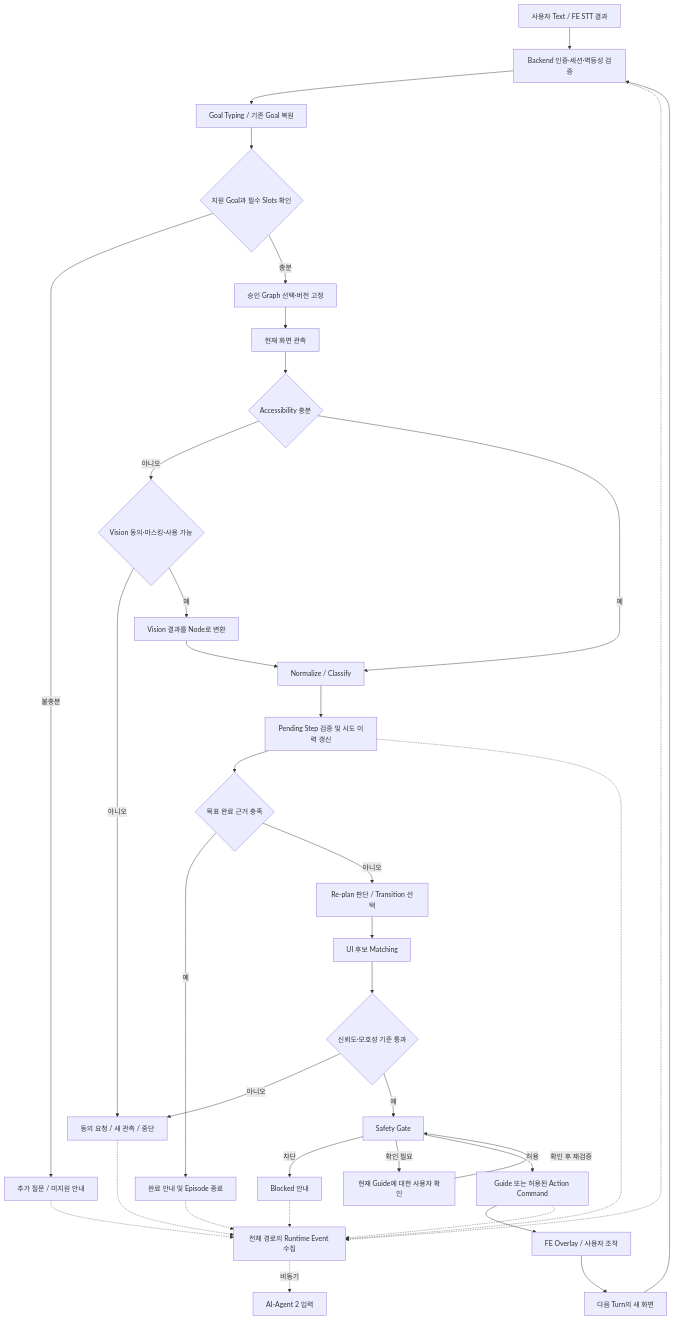
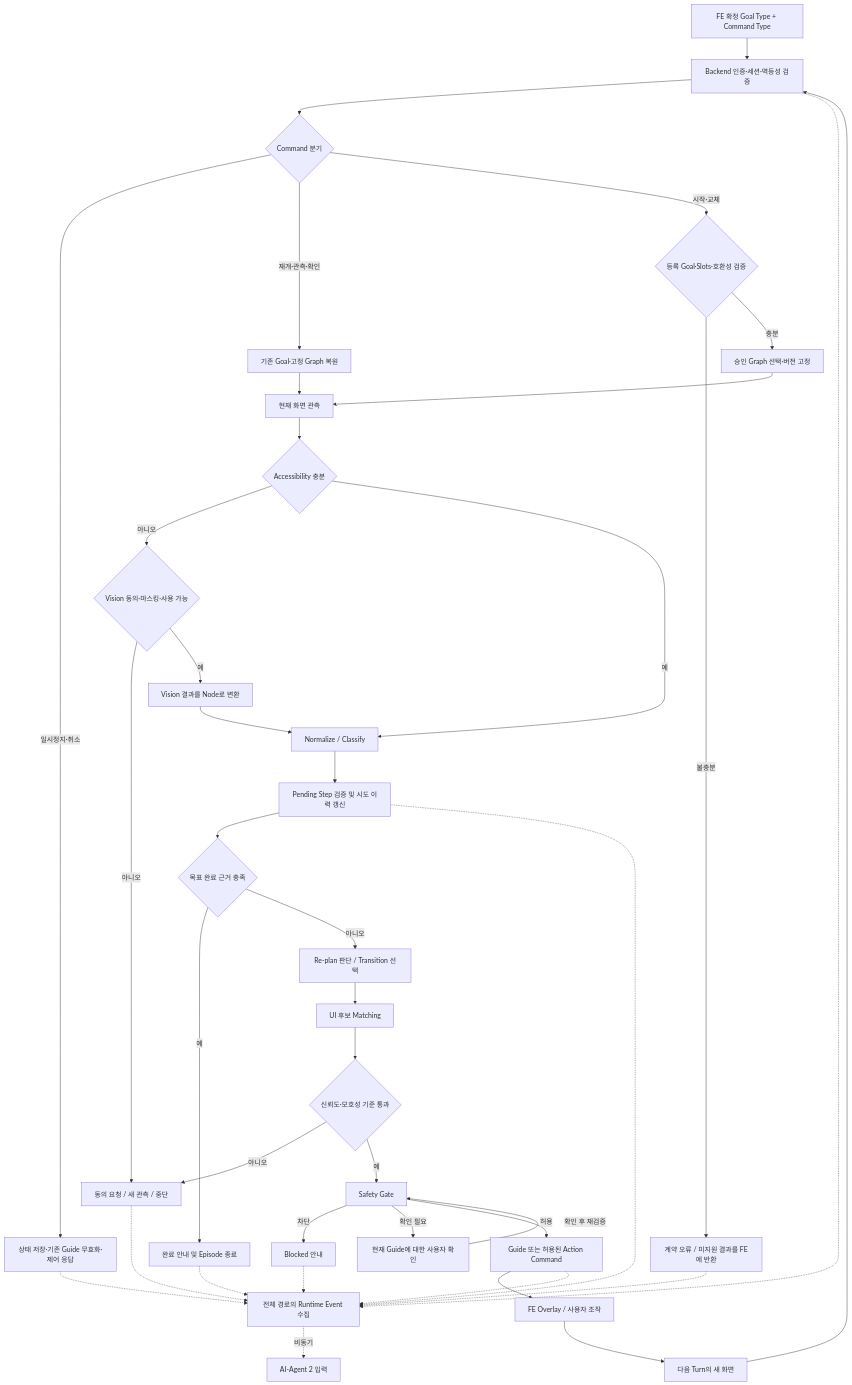
Before and after one commit to Bae-iri/Click: the diagram in docs/ai-agent-1-runtime.md, drawn with Mermaid. The commit also changed other lines of this file and 28 other files, not shown here.

First line of the commit message:
fix: align UI guide bounds and document FE goal contracts

````diff
--- a/docs/ai-agent-1-runtime.md
+++ b/docs/ai-agent-1-runtime.md
@@ -280,38 +207,42 @@
 ```mermaid
 flowchart TD
-    A[사용자 Text / FE STT 결과] --> B[Backend 인증·세션·멱등성 검증]
-    B --> C[Goal Typing / 기존 Goal 복원]
-    C --> D{지원 Goal과 필수 Slots 확인}
-    D -->|불충분| E[추가 질문 / 미지원 안내]
+    A[FE 확정 Goal Type + Command Type] --> B[Backend 인증·세션·멱등성 검증]
+    B --> C{Command 분기}
+    C -->|일시정지·취소| CTRL[상태 저장·기존 Guide 무효화·제어 응답]
+    C -->|재개·관측·확인| RESTORE[기존 Goal·고정 Graph 복원]
+    C -->|시작·교체| D{등록 Goal·Slots·호환성 검증}
+    D -->|불충분| E[계약 오류 / 미지원 결과를 FE에 반환]
     D -->|충분| F[승인 Graph 선택·버전 고정]
+    RESTORE --> G
+    CTRL -.-> Y
     F --> G[현재 화면 관측]
     G --> H{Accessibility 충분}
     H -->|아니오| I{Vision 동의·마스킹·사용 가능}
     I -->|아니오| J[동의 요청 / 새 관측 / 중단]
     I -->|예| K[Vision 결과를 Node로 변환]
     H -->|예| L[Normalize / Classify]
     K --> L
     L --> M[Pending Step 검증 및 시도 이력 갱신]
     M --> N{목표 완료 근거 충족}
     N -->|예| O[완료 안내 및 Episode 종료]
     N -->|아니오| P[Re-plan 판단 / Transition 선택]
     P --> Q[UI 후보 Matching]
     Q --> R{신뢰도·모호성 기준 통과}
     R -->|아니오| J
     R -->|예| S[Safety Gate]
     S -->|차단| T[Blocked 안내]
     S -->|확인 필요| U[현재 Guide에 대한 사용자 확인]
     U -->|확인 후 재검증| S
     S -->|허용| V[Guide 또는 허용된 Action Command]
     V --> W[FE Overlay / 사용자 조작]
     W --> X[다음 Turn의 새 화면]
     X --> B
     B -.-> Y[전체 경로의 Runtime Event 수집]
     E -.-> Y
     J -.-> Y
     M -.-> Y
     O -.-> Y
     T -.-> Y
     V -.-> Y
     Y -. 비동기 .-> Z[AI-Agent 2 입력]
 ```
````
